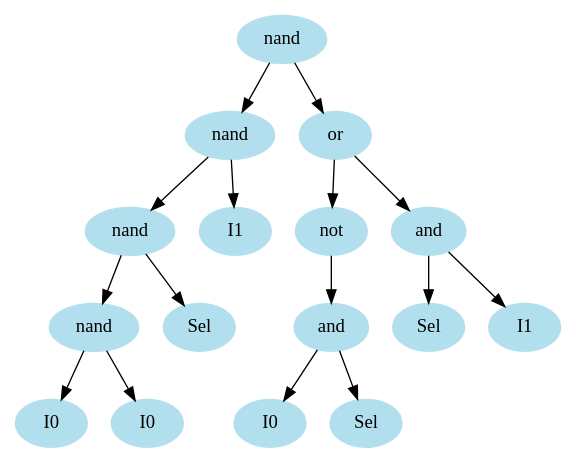
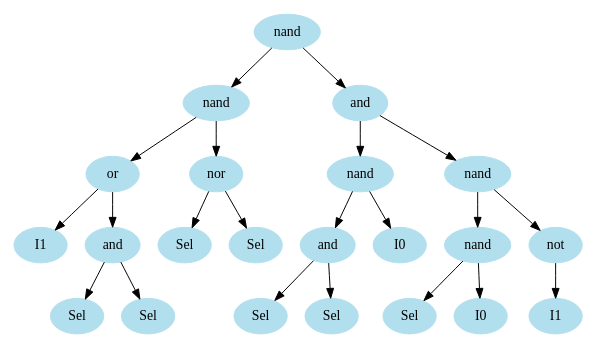
The diagram in temp/Final_AST.gv (king2b3/GP), drawn with Graphviz before and after one commit. The commit also changed 11 other files, not shown here.

```diff
--- a/temp/Final_AST.gv
+++ b/temp/Final_AST.gv
@@ -1,35 +1,47 @@
 digraph unix {
 	node [color=lightblue2 style=filled]
 	size="6,6"
 	gate_0 [label=nand]
 	gate_1 [label=nand]
-	gate_2 [label=nand]
-	gate_3 [label=nand]
-	ins_0 [label=I0]
-	ins_1 [label=I0]
+	gate_2 [label=or]
+	ins_0 [label=I1]
+	gate_3 [label=and]
+	ins_1 [label=Sel]
 	ins_2 [label=Sel]
-	ins_3 [label=I1]
-	gate_4 [label=or]
-	gate_5 [label=not]
-	gate_6 [label=and]
-	ins_4 [label=I0]
+	gate_4 [label=nor]
+	ins_3 [label=Sel]
+	ins_4 [label=Sel]
+	gate_5 [label=and]
+	gate_6 [label=nand]
+	gate_7 [label=and]
 	ins_5 [label=Sel]
-	gate_7 [label=and]
 	ins_6 [label=Sel]
-	ins_7 [label=I1]
+	ins_7 [label=I0]
+	gate_8 [label=nand]
+	gate_9 [label=nand]
+	ins_8 [label=Sel]
+	ins_9 [label=I0]
+	gate_10 [label=not]
+	ins_10 [label=I1]
 	gate_0 -> gate_1
-	gate_0 -> gate_4
+	gate_0 -> gate_5
 	gate_1 -> gate_2
-	gate_1 -> ins_3
+	gate_1 -> gate_4
+	gate_2 -> ins_0
 	gate_2 -> gate_3
-	gate_2 -> ins_2
-	gate_3 -> ins_0
 	gate_3 -> ins_1
-	gate_4 -> gate_5
-	gate_4 -> gate_7
+	gate_3 -> ins_2
+	gate_4 -> ins_3
+	gate_4 -> ins_4
 	gate_5 -> gate_6
-	gate_6 -> ins_4
-	gate_6 -> ins_5
+	gate_5 -> gate_8
+	gate_6 -> gate_7
+	gate_6 -> ins_7
+	gate_7 -> ins_5
 	gate_7 -> ins_6
-	gate_7 -> ins_7
+	gate_8 -> gate_9
+	gate_8 -> gate_10
+	gate_9 -> ins_8
+	gate_9 -> ins_9
+	gate_10 -> ins_10
 }
```
